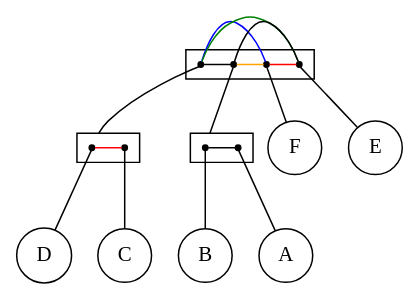
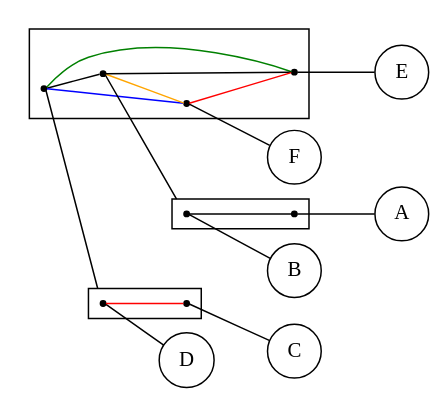
One commit to lrodrin/TFG changed the diagram in src/final/Structure2.dot. Above: the diagram before and after it, drawn with Graphviz. The commit also changed 13 other files, not shown here.

```diff
--- a/src/final/Structure2.dot
+++ b/src/final/Structure2.dot
@@ -1,56 +1,41 @@
-digraph G {
+digraph Structure2 {
 compound=true;
 fontname=Verdana;
 fontsize=12;
-F [shape=circle];
-E [shape=circle];
-B [shape=circle];
-A [shape=circle];
-D [shape=circle];
-C [shape=circle];
-subgraph cluster_DCBFAE {
-s_DC [label=" ", fixedsize=true, shape=point];
-s_AB [label=" ", fixedsize=true, shape=point];
-s_F [label=" ", fixedsize=true, shape=point];
-s_E [label=" ", fixedsize=true, shape=point];
-subgraph  {
-rank=same;
-s_DC -> s_AB  [arrowhead=none, color=black];
+rankdir=LR;
+node [shape=circle];
+A;
+B;
+C;
+D;
+E;
+F;
+subgraph cluster_DC {
+node [shape=point];
+s_D -> s_C  [arrowhead=none, color=red];
+}
+
+subgraph cluster_BA {
+node [shape=point];
+s_B -> s_A  [arrowhead=none, color=black];
+}
+
+subgraph cluster_BCEDFA {
+node [shape=point];
+s_DC -> s_BA  [arrowhead=none, color=black];
 s_DC -> s_F  [arrowhead=none, color=blue];
 s_DC -> s_E  [arrowhead=none, color=green];
-s_AB -> s_F  [arrowhead=none, color=orange];
-s_AB -> s_E  [arrowhead=none, color=black];
+s_BA -> s_F  [arrowhead=none, color=orange];
+s_BA -> s_E  [arrowhead=none, color=black];
 s_F -> s_E  [arrowhead=none, color=red];
 }
 
-}
-
-subgraph cluster_AB {
-s_B [label=" ", fixedsize=true, shape=point];
-s_A [label=" ", fixedsize=true, shape=point];
-subgraph  {
-rank=same;
-s_B -> s_A  [arrowhead=none, color=black];
-}
-
-}
-
-subgraph cluster_DC {
-s_D [label=" ", fixedsize=true, shape=point];
-s_C [label=" ", fixedsize=true, shape=point];
-subgraph  {
-rank=same;
-s_D -> s_C  [arrowhead=none, color=red];
-}
-
-}
-
+s_A -> A  [arrowhead=none];
+s_B -> B  [arrowhead=none];
+s_C -> C  [arrowhead=none];
+s_D -> D  [arrowhead=none];
+s_E -> E  [arrowhead=none];
 s_F -> F  [arrowhead=none];
-s_E -> E  [arrowhead=none];
-s_B -> B  [arrowhead=none];
-s_A -> A  [arrowhead=none];
-s_D -> D  [arrowhead=none];
-s_C -> C  [arrowhead=none];
-s_AB -> s_B  [arrowhead=none, lhead=cluster_AB];
+s_BA -> s_B  [arrowhead=none, lhead=cluster_BA];
 s_DC -> s_D  [arrowhead=none, lhead=cluster_DC];
 }
```
